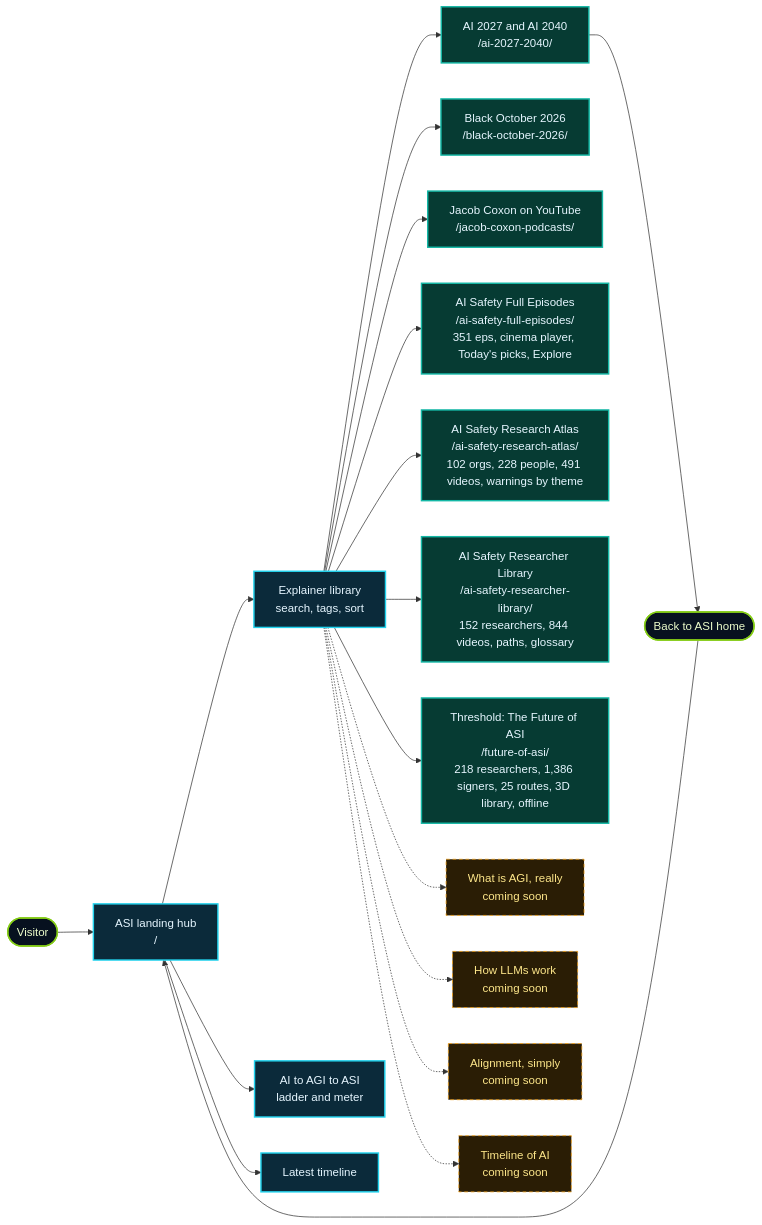
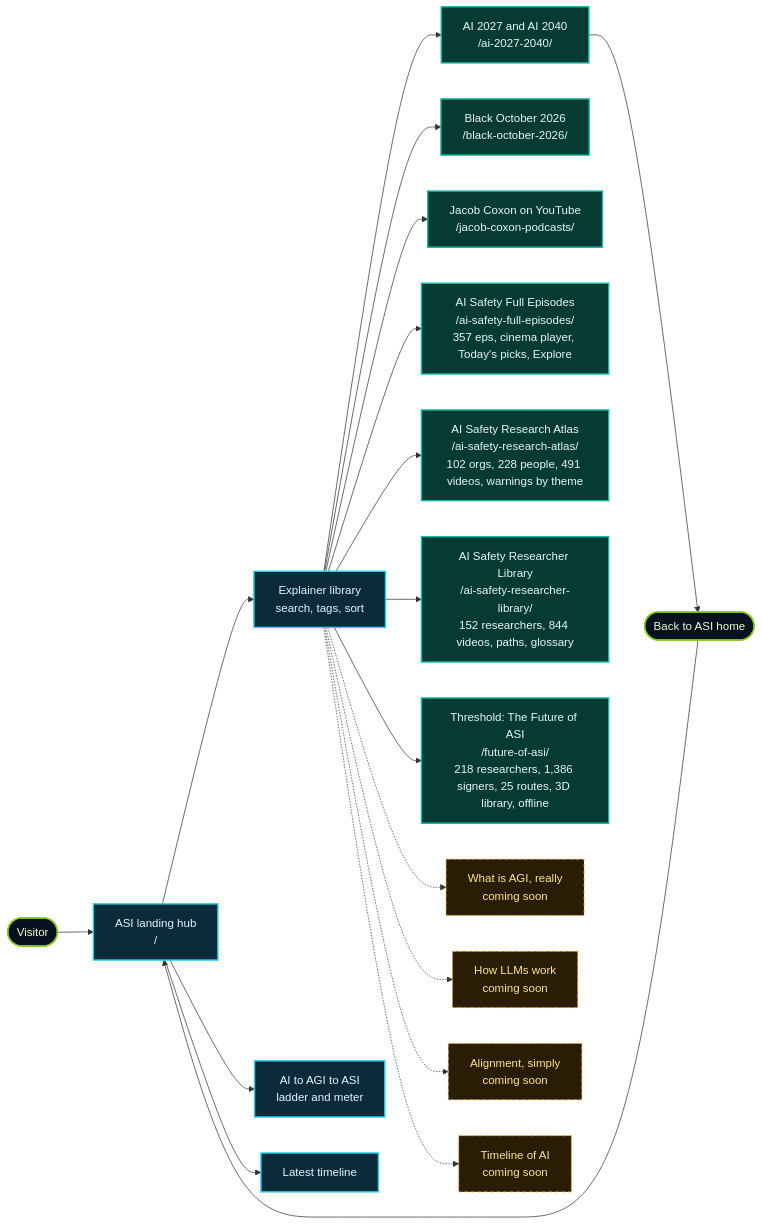
One commit to lo3elyon/ASI changed the first of 16 diagrams in README.md. Above: the diagram before and after it, drawn with Mermaid. The commit also changed other lines of this file, not shown here.

Commit message:
ai-safety-full-episodes: full plays reach Watched 100%, #/watch/<id> deep links, live History, counts 357: README.md

````diff
--- a/README.md
+++ b/README.md
@@ -75,28 +75,28 @@
 ```mermaid
 flowchart LR
     V(["Visitor"]) --> H["ASI landing hub<br/>/"]
     H --> L["Explainer library<br/>search, tags, sort"]
     H --> G["AI to AGI to ASI<br/>ladder and meter"]
     H --> T["Latest timeline"]
     L --> E1["AI 2027 and AI 2040<br/>/ai-2027-2040/"]
     L --> E6["Black October 2026<br/>/black-october-2026/"]
     L --> E7["Jacob Coxon on YouTube<br/>/jacob-coxon-podcasts/"]
-    L --> E8["AI Safety Full Episodes<br/>/ai-safety-full-episodes/<br/>351 eps, cinema player, Today's picks, Explore"]
+    L --> E8["AI Safety Full Episodes<br/>/ai-safety-full-episodes/<br/>357 eps, cinema player, Today's picks, Explore"]
     L --> E11["AI Safety Research Atlas<br/>/ai-safety-research-atlas/<br/>102 orgs, 228 people, 491 videos, warnings by theme"]
     L --> E10["AI Safety Researcher Library<br/>/ai-safety-researcher-library/<br/>152 researchers, 844 videos, paths, glossary"]
     L --> E9["Threshold: The Future of ASI<br/>/future-of-asi/<br/>218 researchers, 1,386 signers, 25 routes, 3D library, offline"]
     L -.-> E2["What is AGI, really<br/>coming soon"]
     L -.-> E3["How LLMs work<br/>coming soon"]
     L -.-> E4["Alignment, simply<br/>coming soon"]
     L -.-> E5["Timeline of AI<br/>coming soon"]
     E1 --> B(["Back to ASI home"])
     B --> H
     classDef hub fill:#0b2a3a,stroke:#22d3ee,stroke-width:2px,color:#e6f6ff
     classDef live fill:#063b33,stroke:#14b8a6,stroke-width:2px,color:#e6f6ff
     classDef soon fill:#2a1d05,stroke:#f59e0b,stroke-dasharray:5 4,color:#fde68a
     classDef user fill:#07111f,stroke:#84cc16,stroke-width:2px,color:#ecfccb
     class H,L,G,T hub
     class E1,E6,E7,E8,E9,E10,E11 live
     class E2,E3,E4,E5 soon
     class V,B user
 ```
````
